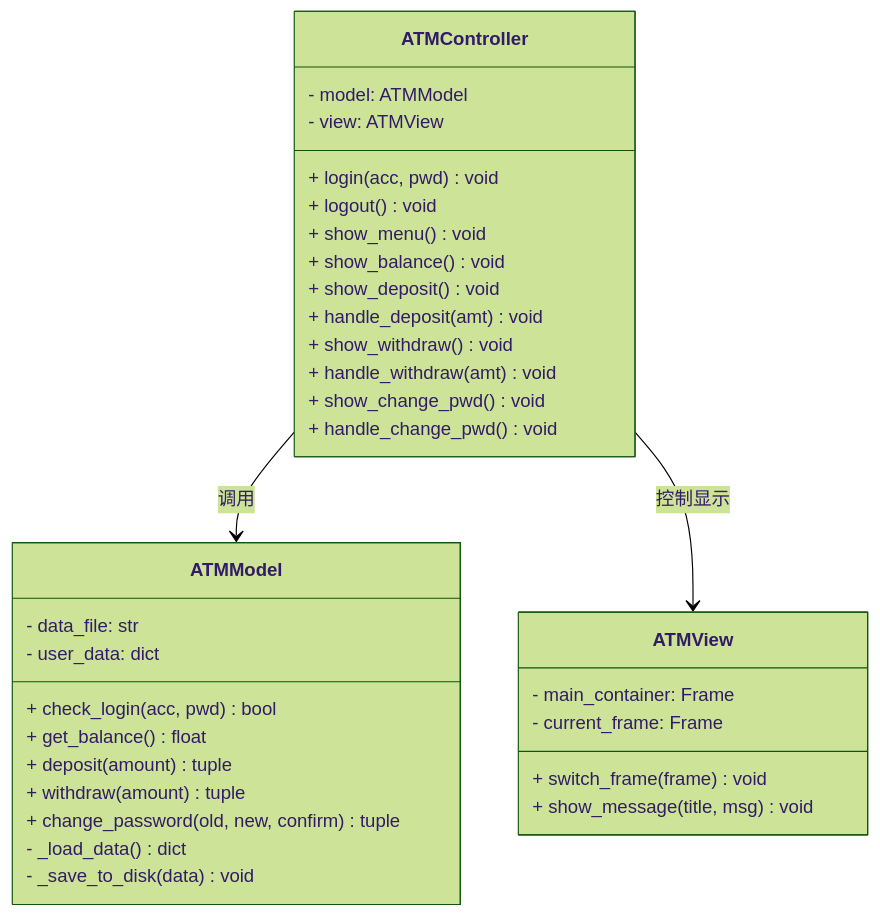
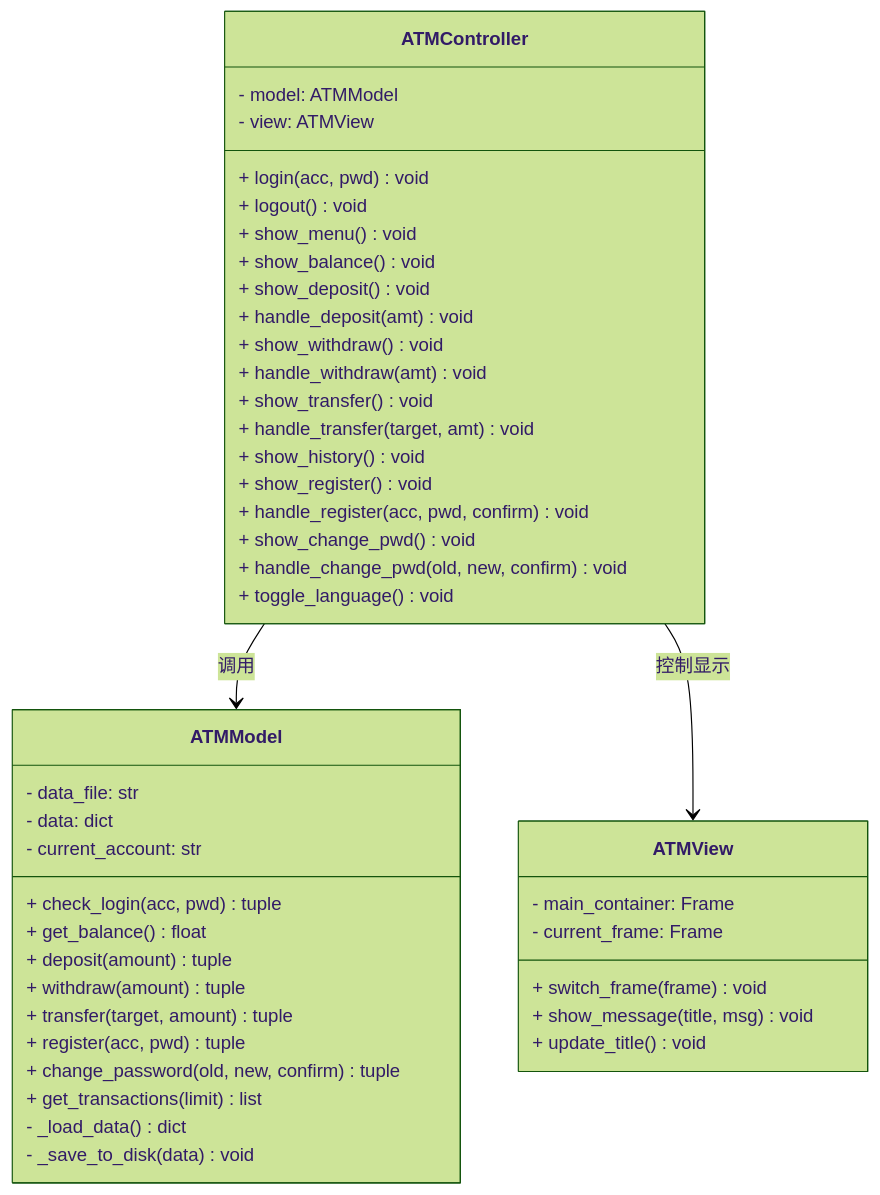
The sixth of 7 diagrams in 项目文档.md (Unconnectable/atm), drawn with Mermaid (forest theme) before and after one commit. The commit also changed other lines of this file and 10 other files, not shown here.

````diff
--- a/项目文档.md
+++ b/项目文档.md
@@ -375,39 +442,50 @@
 ```mermaid
 classDiagram
     class ATMModel {
         - data_file: str
-        - user_data: dict
-        + check_login(acc, pwd) bool
+        - data: dict
+        - current_account: str
+        + check_login(acc, pwd) tuple
         + get_balance() float
         + deposit(amount) tuple
         + withdraw(amount) tuple
+        + transfer(target, amount) tuple
+        + register(acc, pwd) tuple
         + change_password(old, new, confirm) tuple
+        + get_transactions(limit) list
         - _load_data() dict
         - _save_to_disk(data) void
     }
 
     class ATMController {
         - model: ATMModel
         - view: ATMView
         + login(acc, pwd) void
         + logout() void
         + show_menu() void
         + show_balance() void
         + show_deposit() void
         + handle_deposit(amt) void
         + show_withdraw() void
         + handle_withdraw(amt) void
+        + show_transfer() void
+        + handle_transfer(target, amt) void
+        + show_history() void
+        + show_register() void
+        + handle_register(acc, pwd, confirm) void
         + show_change_pwd() void
-        + handle_change_pwd() void
+        + handle_change_pwd(old, new, confirm) void
+        + toggle_language() void
     }
 
     class ATMView {
         - main_container: Frame
         - current_frame: Frame
         + switch_frame(frame) void
         + show_message(title, msg) void
+        + update_title() void
     }
 
     ATMController --> ATMModel : 调用
     ATMController --> ATMView : 控制显示
 ```
````
